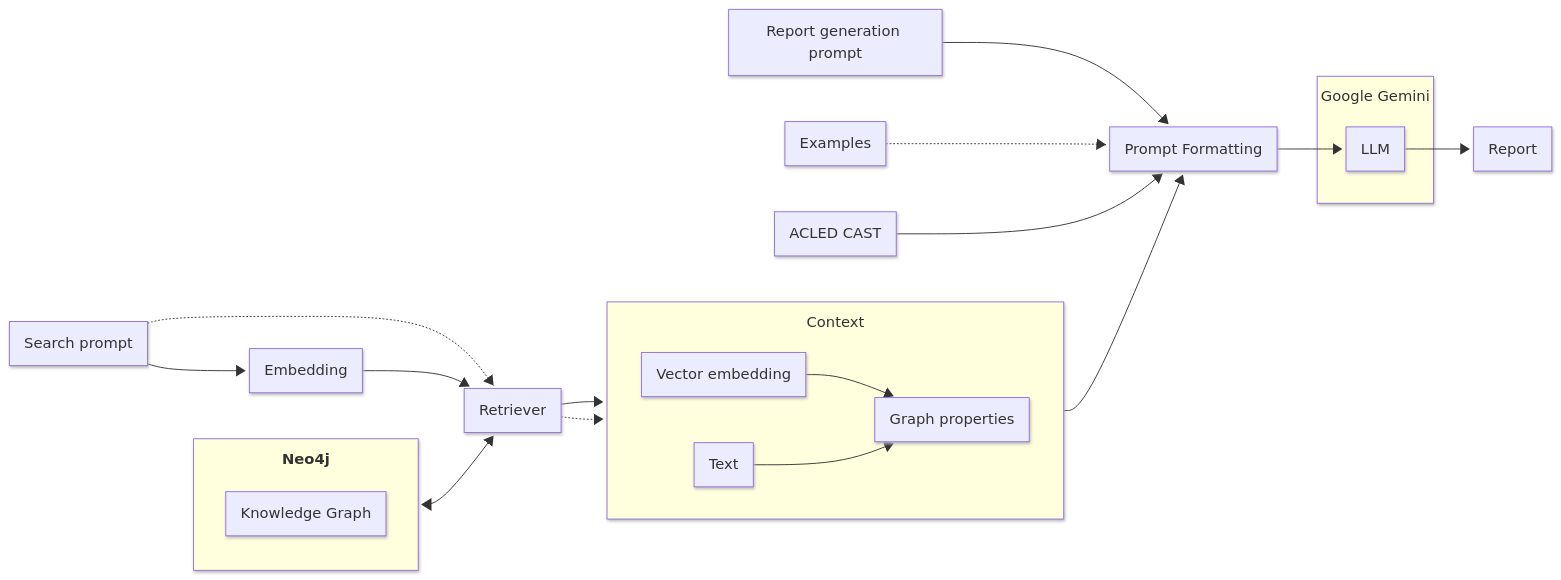
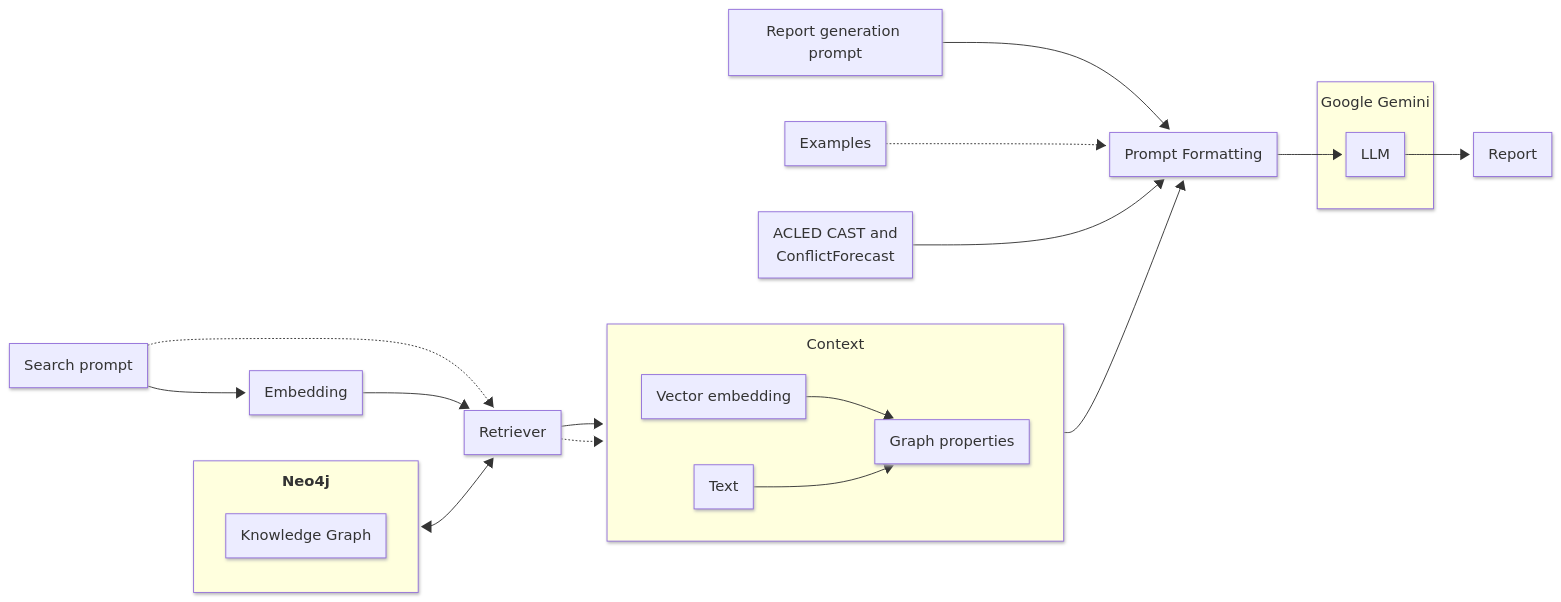
One commit to pablo-fdz/UN_Conflict_Report changed the second of 2 diagrams in graphrag_pipeline/docs/dev_guide.md. Above: the diagram before and after it, drawn with Mermaid.

Commit message:
Adapted GraphRAG diagram

````diff
--- a/graphrag_pipeline/docs/dev_guide.md
+++ b/graphrag_pipeline/docs/dev_guide.md
@@ -149,43 +149,44 @@
 ```mermaid
 ---
 config:
   flowchart:
     subGraphTitleMargin:
       top: 10
       bottom: 10
   look: neo
   layout: dagre
 ---
 flowchart LR
  subgraph s1["<b>Neo4j<b></b></b>"]
         A["Knowledge Graph"]
   end
  subgraph s2["Google Gemini"]
         n7["LLM"]
   end
  subgraph s3["Context"]
     direction LR
         n12["Vector embedding"]
         n13["Text"]
         n14["Graph properties"]
   end
     n2["Search prompt"] -.-> n1["Retriever"]
     n2 --> n4["Embedding"]
     n1 --> n12
     n1 -.-> n13
     n4 --> n1
     n6["Report generation prompt"] --> n5["Prompt Formatting"]
     n5 --> n7
     n7 --> n8["Report"]
     n10["Examples"] -.-> n5
-    n11["ACLED CAST"] --> n5
+    n11["ACLED CAST and 
+    ConflictForecast"] --> n5
     n12 --> n14
     n13 --> n14
     s3 --> n5
     s1 <--> n1
     n13@{ shape: rect}
     n2@{ shape: rect}
     n6@{ shape: rect}
     n10@{ shape: rect}
     n11@{ shape: rect}
 ```
````
